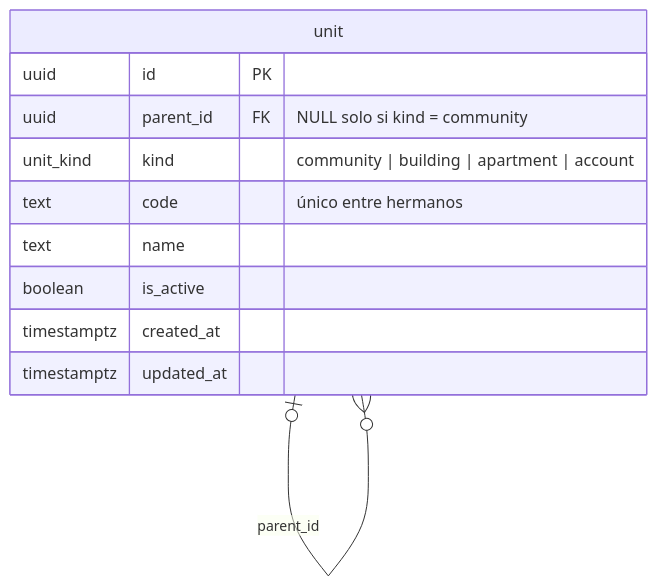
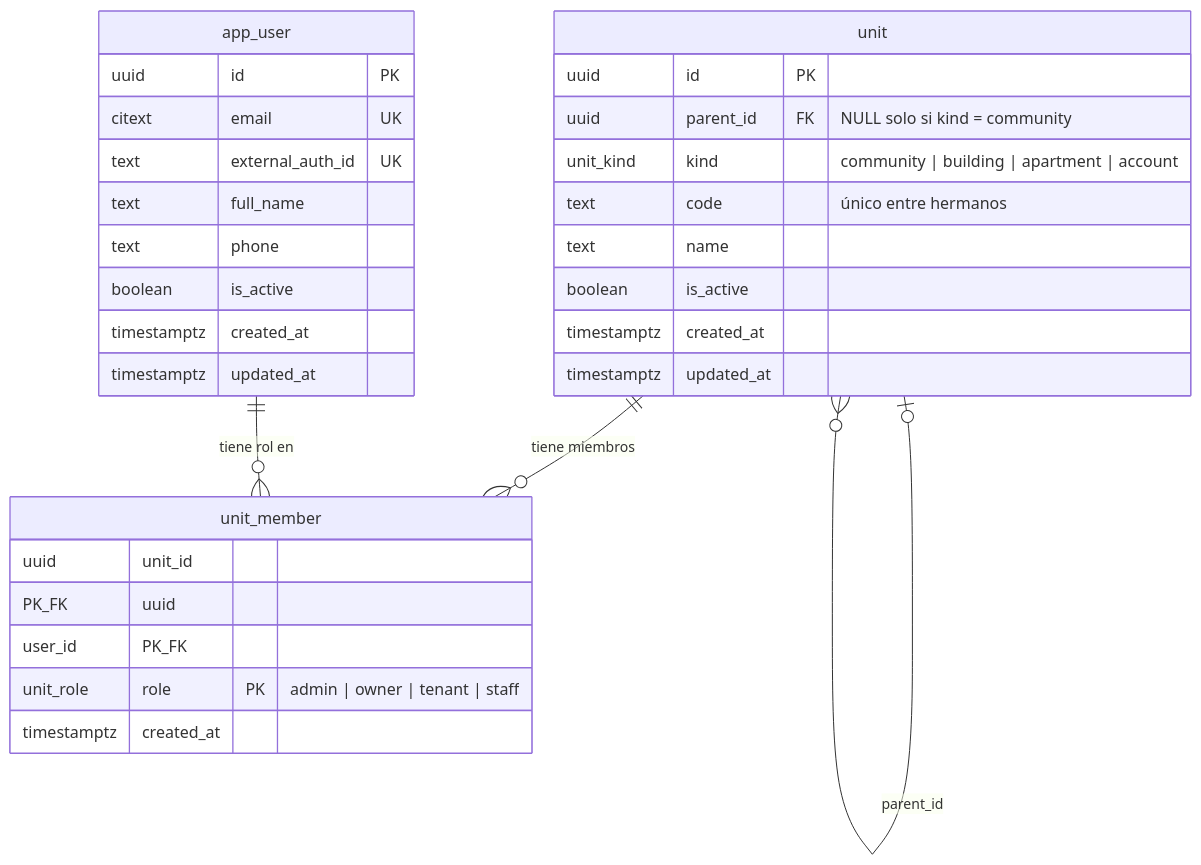
The diagram in database/modelo.mmd (MarkoDotCom/logistica-comunidad), drawn with Mermaid before and after one commit. The commit also changed 5 other files, not shown here.

```diff
--- a/database/modelo.mmd
+++ b/database/modelo.mmd
@@ -1,23 +1,43 @@
 %% Modelo de datos — gestión logística de comunidad (PostgreSQL)
 %% Fuente de verdad: schema.sql. Renderizar: mmdc -i modelo.mmd -o modelo.svg
-%% Esquemas: units (unit), public (enum unit_kind y set_updated_at)
+%% Esquemas: units (unit), users (app_user, unit_member), public (enums y set_updated_at)
 erDiagram
 
   %% ---------------------------------------------------------------
   %% Relaciones
   %% ---------------------------------------------------------------
   unit o|--o{ unit : "parent_id"
+  unit     ||--o{ unit_member : "tiene miembros"
+  app_user ||--o{ unit_member : "tiene rol en"
 
   %% ---------------------------------------------------------------
   %% Entidades
   %% ---------------------------------------------------------------
   unit {
     uuid id PK
     uuid parent_id FK "NULL solo si kind = community"
     unit_kind kind "community | building | apartment | account"
     text code "único entre hermanos"
     text name
     boolean is_active
     timestamptz created_at
     timestamptz updated_at
   }
+
+  app_user {
+    uuid id PK
+    citext email UK
+    text external_auth_id UK
+    text full_name
+    text phone
+    boolean is_active
+    timestamptz created_at
+    timestamptz updated_at
+  }
+
+  unit_member {
+    uuid unit_id PK_FK
+    uuid user_id PK_FK
+    unit_role role PK "admin | owner | tenant | staff"
+    timestamptz created_at
+  }
```
